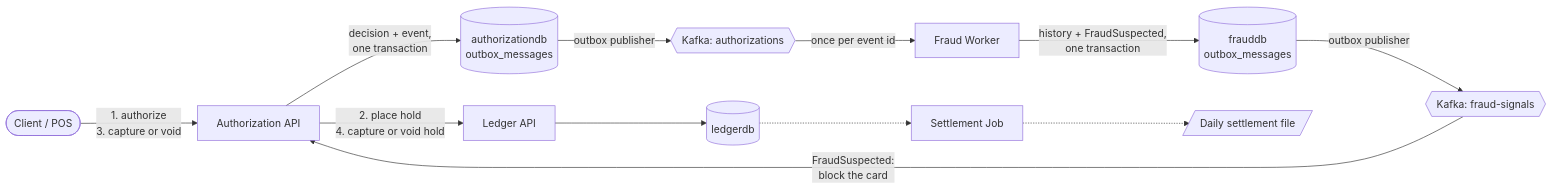
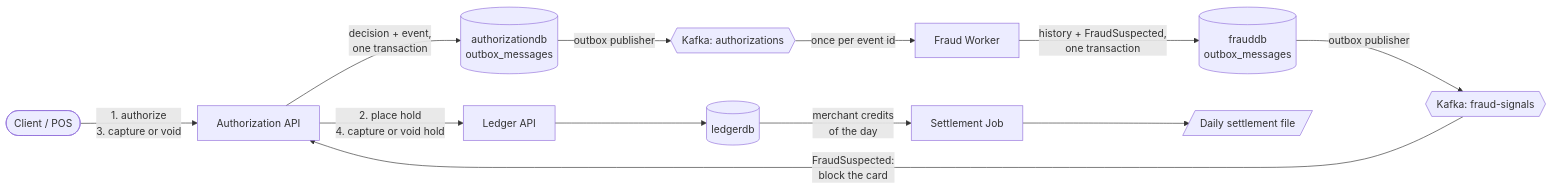
One commit to renato-aq/card-transaction-platform changed the first of 2 diagrams in README.md. Above: the diagram before and after it, drawn with Mermaid. The commit also changed other lines of this file and 1 other file, not shown here.

Commit message:
docs(settlement): publish the settlement benchmark

````diff
--- a/README.md
+++ b/README.md
@@ -12,14 +12,14 @@
 ```mermaid
 flowchart LR
     client([Client / POS]) -->|"1. authorize<br/>3. capture or void"| auth[Authorization API]
     auth -->|"2. place hold<br/>4. capture or void hold"| ledger[Ledger API]
     ledger --> ledgerdb[(ledgerdb)]
     auth -->|"decision + event,<br/>one transaction"| authdb[("authorizationdb<br/>outbox_messages")]
     authdb -->|"outbox publisher"| authorizations{{"Kafka: authorizations"}}
     authorizations -->|"once per event id"| fraud[Fraud Worker]
     fraud -->|"history + FraudSuspected,<br/>one transaction"| frauddb[("frauddb<br/>outbox_messages")]
     frauddb -->|"outbox publisher"| signals{{"Kafka: fraud-signals"}}
     signals -->|"FraudSuspected:<br/>block the card"| auth
-    ledgerdb -.-> settlement[Settlement Job]
-    settlement -.-> file[/Daily settlement file/]
+    ledgerdb -->|"merchant credits<br/>of the day"| settlement[Settlement Job]
+    settlement --> file[/Daily settlement file/]
 ```
````
